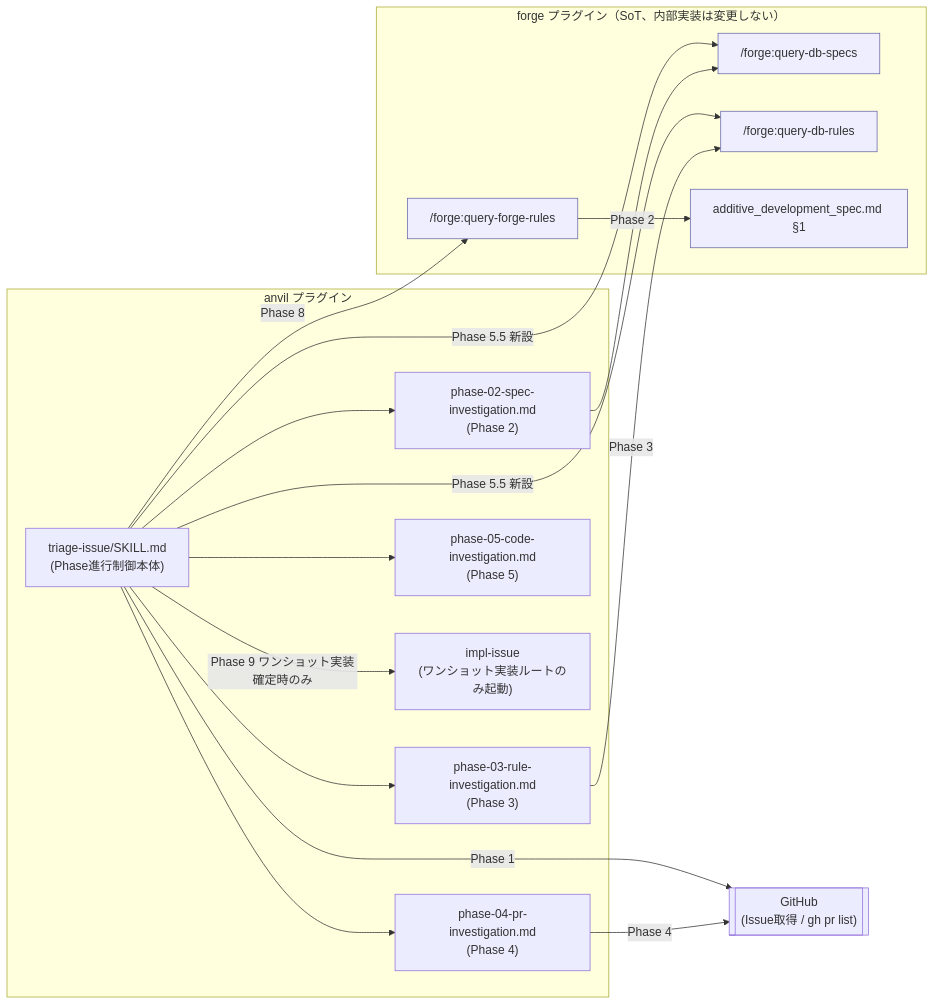
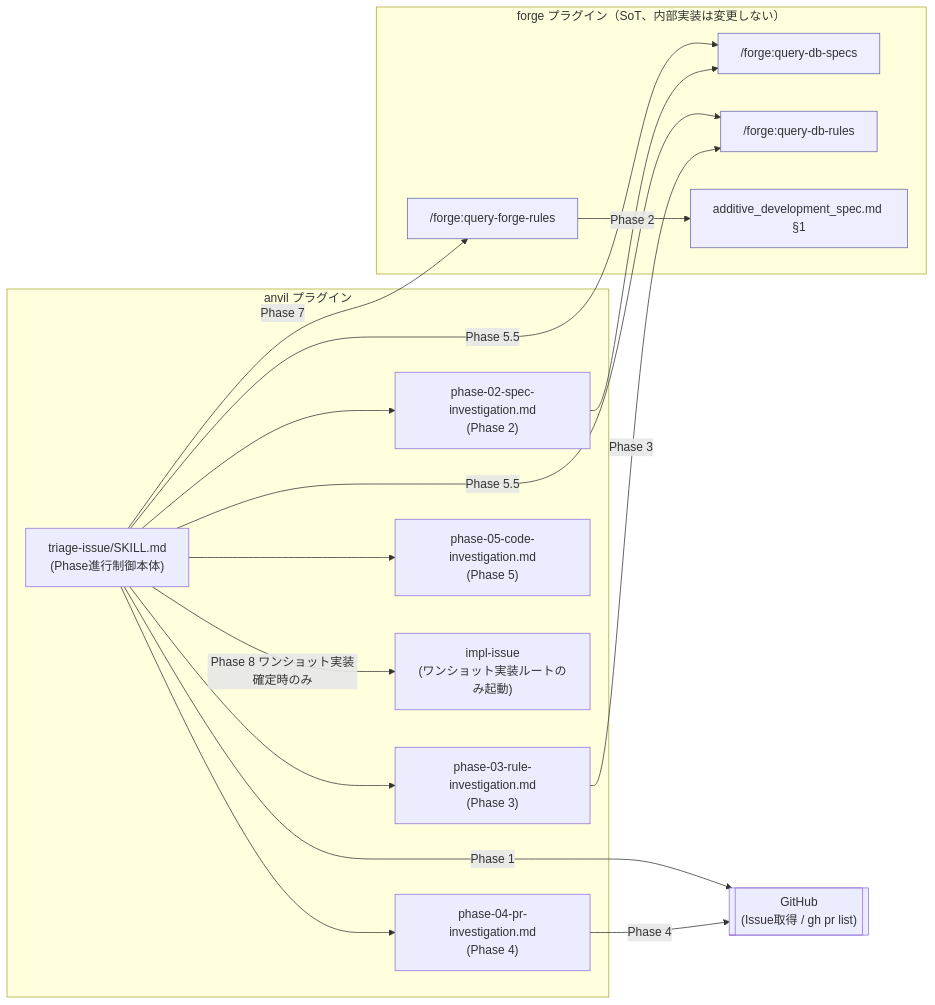
One commit to BlueEventHorizon/bw-cc-plugins changed the second of 2 diagrams in docs/specs/anvil/triage-flow/design/DES-038_dev_flow_triage_design.md. Above: the diagram before and after it, drawn with Mermaid. The commit also changed other lines of this file and 8 other files, not shown here.

````diff
--- a/docs/specs/anvil/triage-flow/design/DES-038_dev_flow_triage_design.md
+++ b/docs/specs/anvil/triage-flow/design/DES-038_dev_flow_triage_design.md
@@ -141,35 +148,35 @@
 ```mermaid
 flowchart LR
     subgraph anvil["anvil プラグイン"]
         SKILL["triage-issue/SKILL.md<br/>(Phase進行制御本体)"]
         P02["phase-02-spec-investigation.md<br/>(Phase 2)"]
         P03["phase-03-rule-investigation.md<br/>(Phase 3)"]
         P04["phase-04-pr-investigation.md<br/>(Phase 4)"]
         P05["phase-05-code-investigation.md<br/>(Phase 5)"]
         IMPL["impl-issue<br/>(ワンショット実装ルートのみ起動)"]
     end
     subgraph forge["forge プラグイン（SoT、内部実装は変更しない）"]
         QFR["/forge:query-forge-rules"]
         QDS["/forge:query-db-specs"]
         QDR["/forge:query-db-rules"]
         ADS["additive_development_spec.md §1"]
     end
     GH[["GitHub<br/>(Issue取得 / gh pr list)"]]
 
     SKILL --> P02
     SKILL --> P03
     SKILL --> P04
     SKILL --> P05
-    SKILL -->|Phase 8| QFR
-    SKILL -->|Phase 5.5 新設| QDS
-    SKILL -->|Phase 5.5 新設| QDR
+    SKILL -->|Phase 7| QFR
+    SKILL -->|Phase 5.5| QDS
+    SKILL -->|Phase 5.5| QDR
     SKILL -->|Phase 1| GH
-    SKILL -->|Phase 9 ワンショット実装確定時のみ| IMPL
+    SKILL -->|Phase 8 ワンショット実装確定時のみ| IMPL
     P02 -->|Phase 2| QDS
     P03 -->|Phase 3| QDR
     P04 -->|Phase 4| GH
     QFR --> ADS
 
     classDef forgeNode fill:#eef,stroke:#66a
     class QFR,QDS,QDR,ADS forgeNode
 ```
````
